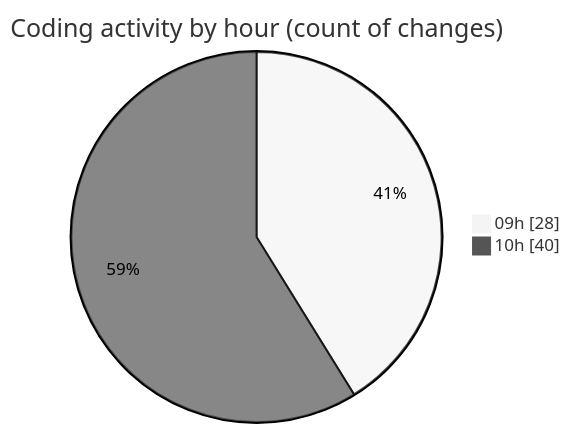
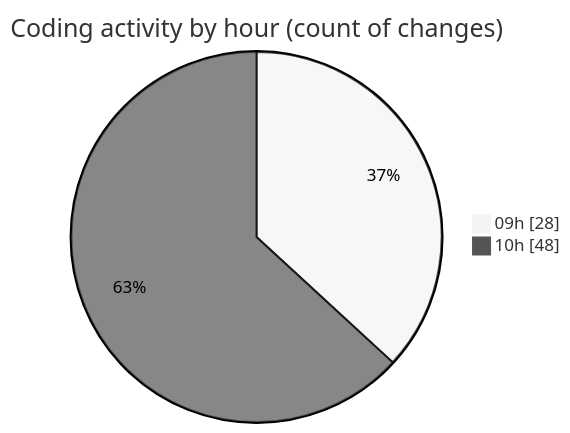
One commit to momahboobian/code-tracking changed the second of 2 diagrams in 2026-07-30/cda/README.md. Above: the diagram before and after it, drawn with Mermaid (neutral theme). The commit also changed other lines of this file and 1 other file, not shown here.

````diff
--- a/2026-07-30/cda/README.md
+++ b/2026-07-30/cda/README.md
@@ -58,6 +58,6 @@
 ```mermaid
 pie showData
 title Coding activity by hour (count of changes)
 "09h" : 28
-"10h" : 40
+"10h" : 48
 ```
````
